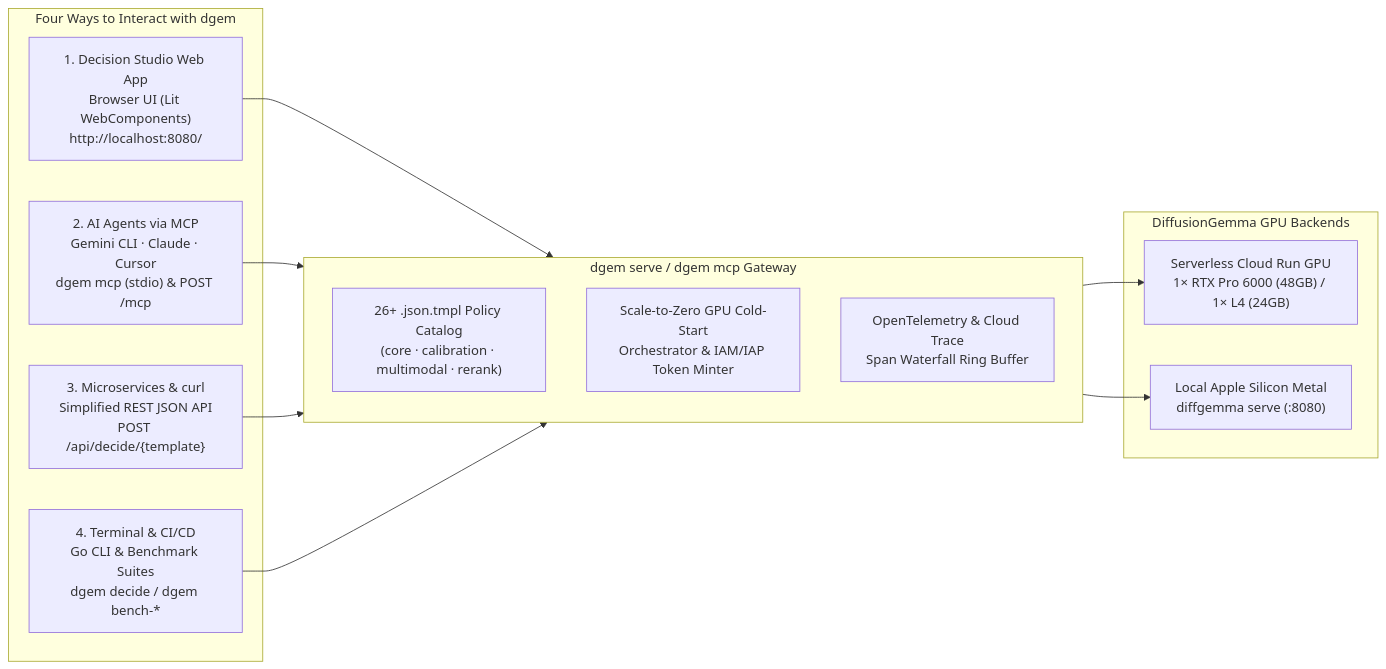
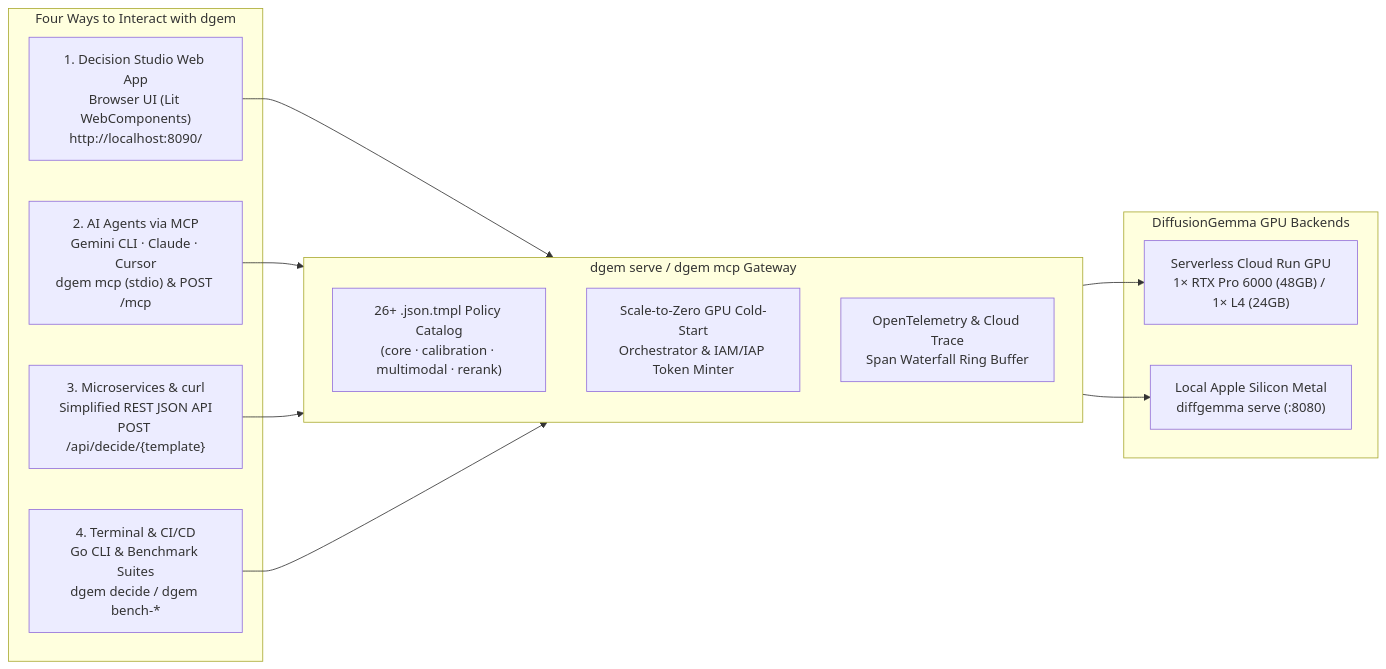
One commit to ghchinoy/dgem changed the diagram in docs-site/src/content/docs/studio-mcp-api.md. Above: the diagram before and after it, drawn with Mermaid. The commit also changed other lines of this file and 33 other files, not shown here.

````diff
--- a/docs-site/src/content/docs/studio-mcp-api.md
+++ b/docs-site/src/content/docs/studio-mcp-api.md
@@ -14,27 +14,27 @@
 ```mermaid
 flowchart LR
     subgraph Clients["Four Ways to Interact with dgem"]
-        UI["1. Decision Studio Web App\nBrowser UI (Lit WebComponents)\nhttp://localhost:8080/"]
+        UI["1. Decision Studio Web App\nBrowser UI (Lit WebComponents)\nhttp://localhost:8090/"]
         MCP["2. AI Agents via MCP\nGemini CLI · Claude · Cursor\ndgem mcp (stdio) & POST /mcp"]
         REST["3. Microservices & curl\nSimplified REST JSON API\nPOST /api/decide/{template}"]
         CLI["4. Terminal & CI/CD\nGo CLI & Benchmark Suites\ndgem decide / dgem bench-*"]
     end
 
     subgraph Gateway["dgem serve / dgem mcp Gateway"]
         CAT["26+ .json.tmpl Policy Catalog\n(core · calibration · multimodal · rerank)"]
         WARM["Scale-to-Zero GPU Cold-Start\nOrchestrator & IAM/IAP Token Minter"]
         OTEL["OpenTelemetry & Cloud Trace\nSpan Waterfall Ring Buffer"]
     end
 
     subgraph Backends["DiffusionGemma GPU Backends"]
         CR["Serverless Cloud Run GPU\n1× RTX Pro 6000 (48GB) / 1× L4 (24GB)"]
         METAL["Local Apple Silicon Metal\ndiffgemma serve (:8080)"]
     end
 
     UI --> Gateway
     MCP --> Gateway
     REST --> Gateway
     CLI --> Gateway
     Gateway --> CR
     Gateway --> METAL
 ```
````
